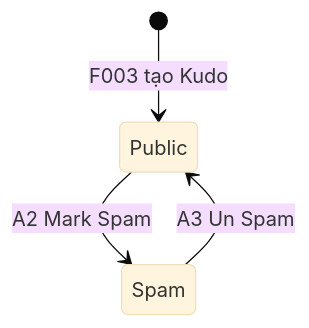
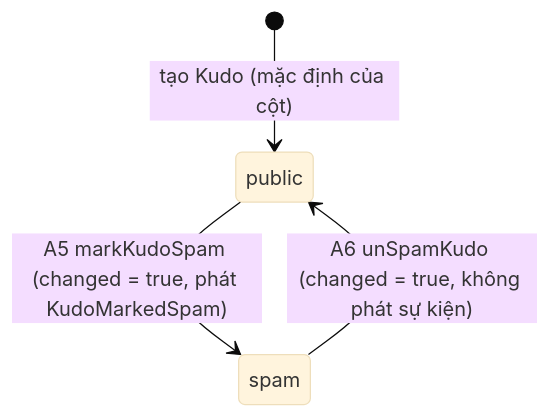
One commit to hailv-3571/agentic-coding-hands-on changed the fourth of 4 diagrams in docs/features/F007_AdminModeration/technical-spec.md. Above: the diagram before and after it, drawn with Mermaid (base theme). The commit also changed other lines of this file and 250 other files, not shown here.

````diff
--- a/docs/features/F007_AdminModeration/technical-spec.md
+++ b/docs/features/F007_AdminModeration/technical-spec.md
@@ -257,6 +454,6 @@
 ```mermaid
 stateDiagram-v2
-    [*] --> Public : F003 tạo Kudo
-    Public --> Spam : A2 Mark Spam
-    Spam --> Public : A3 Un Spam
+    [*] --> public : tạo Kudo (mặc định của cột)
+    public --> spam : A5 markKudoSpam (changed = true, phát KudoMarkedSpam)
+    spam --> public : A6 unSpamKudo (changed = true, không phát sự kiện)
 ```
````
